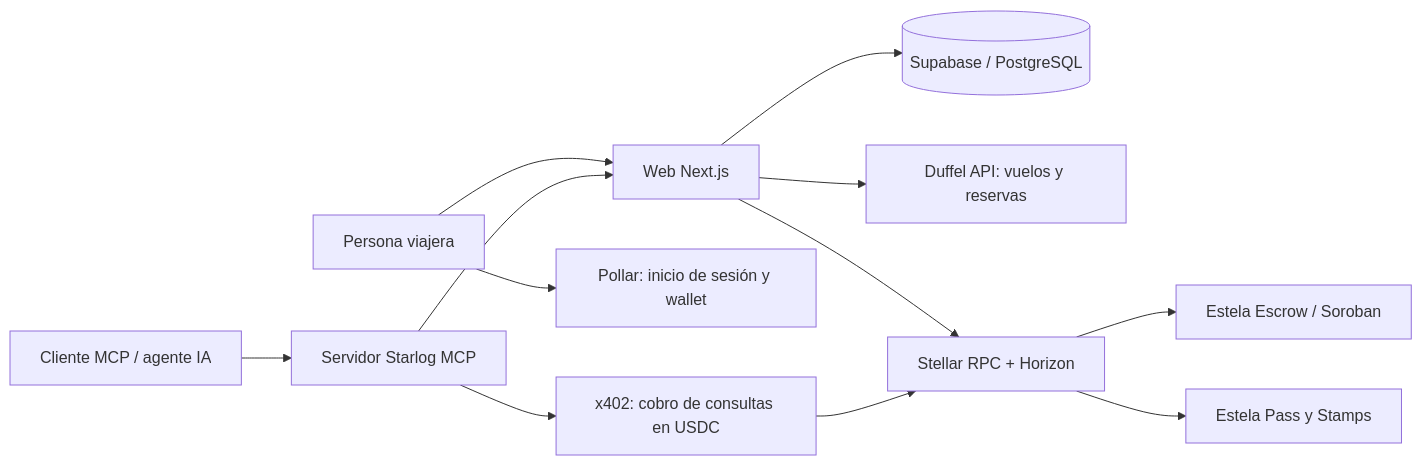
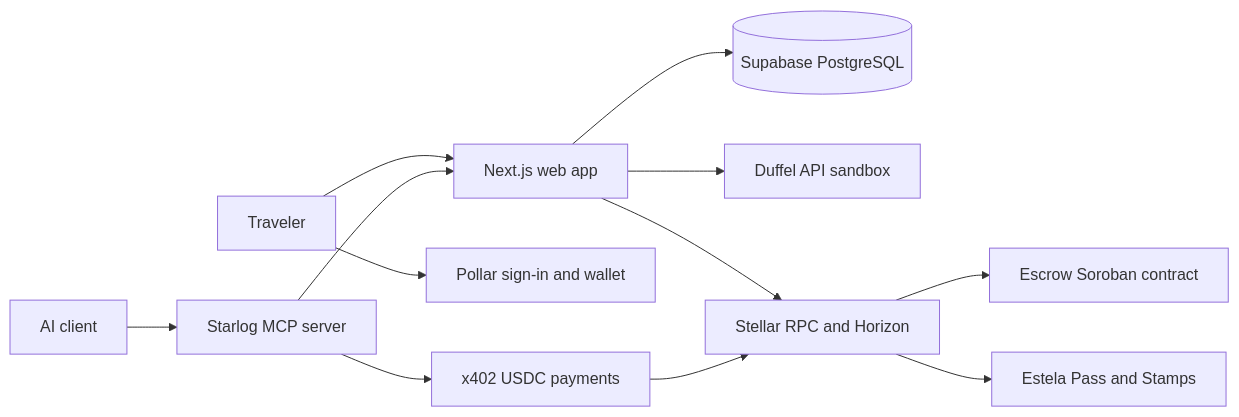
The diagram in README.md (yedidromero/Starlog), drawn with Mermaid before and after one commit. The commit also changed other lines of this file, not shown here.

```diff
--- a/README.md
+++ b/README.md
@@ -13,14 +27,14 @@
 ~~~mermaid
 flowchart LR
-  U[Persona viajera] --> W[Web Next.js]
-  U --> P[Pollar: inicio de sesión y wallet]
-  W --> DB[(Supabase / PostgreSQL)]
-  W --> D[Duffel API: vuelos y reservas]
-  W --> S[Stellar RPC + Horizon]
-  S --> E[Estela Escrow / Soroban]
-  S --> PA[Estela Pass y Stamps]
-  A[Cliente MCP / agente IA] --> M[Servidor Starlog MCP]
-  M --> W
-  M --> X[x402: cobro de consultas en USDC]
-  X --> S
+  T[Traveler] --> WEB[Next.js web app]
+  T --> POL[Pollar sign-in and wallet]
+  WEB --> DB[(Supabase PostgreSQL)]
+  WEB --> DUF[Duffel API sandbox]
+  WEB --> RPC[Stellar RPC and Horizon]
+  RPC --> ESC[Escrow Soroban contract]
+  RPC --> PASS[Estela Pass and Stamps]
+  AI[AI client] --> MCP[Starlog MCP server]
+  MCP --> WEB
+  MCP --> X402[x402 USDC payments]
+  X402 --> RPC
 ~~~
```
